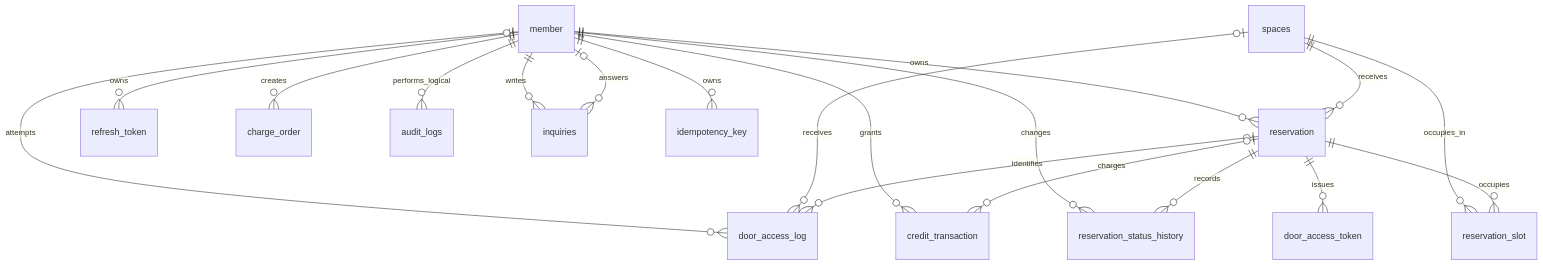
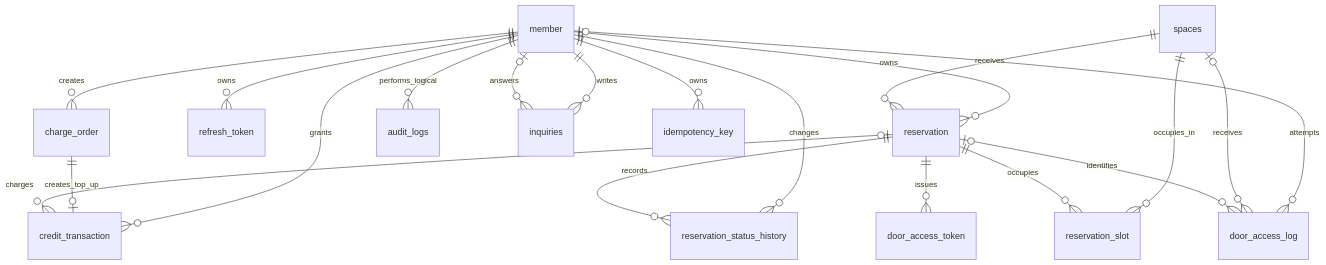
The diagram in docs/erd.md (prgrms-be-devcourse/NBE12-14-2-OVENGERS), drawn with Mermaid before and after one commit. The commit also changed other lines of this file and 2 other files, not shown here.

Commit message:
docs(lab): document pg charge step 2 decisions and review

````diff
--- a/docs/erd.md
+++ b/docs/erd.md
@@ -51,23 +52,24 @@
 ```mermaid
 erDiagram
     member ||--o{ reservation : owns
     member ||--o{ refresh_token : owns
     member ||--o{ credit_transaction : grants
     member ||--o{ charge_order : creates
+    charge_order ||--o| credit_transaction : creates_top_up
     member ||--o{ reservation_status_history : changes
     member o|--o{ door_access_log : attempts
     member ||--o{ audit_logs : performs_logical
     member ||--o{ inquiries : writes
     member o|--o{ inquiries : answers
     member ||--o{ idempotency_key : owns
 
     spaces ||--o{ reservation : receives
     spaces ||--o{ reservation_slot : occupies_in
     spaces o|--o{ door_access_log : receives
 
     reservation ||--o{ reservation_slot : occupies
     reservation ||--o{ reservation_status_history : records
     reservation ||--o{ door_access_token : issues
     reservation o|--o{ door_access_log : identifies
     reservation o|--o{ credit_transaction : charges
 ```
````
